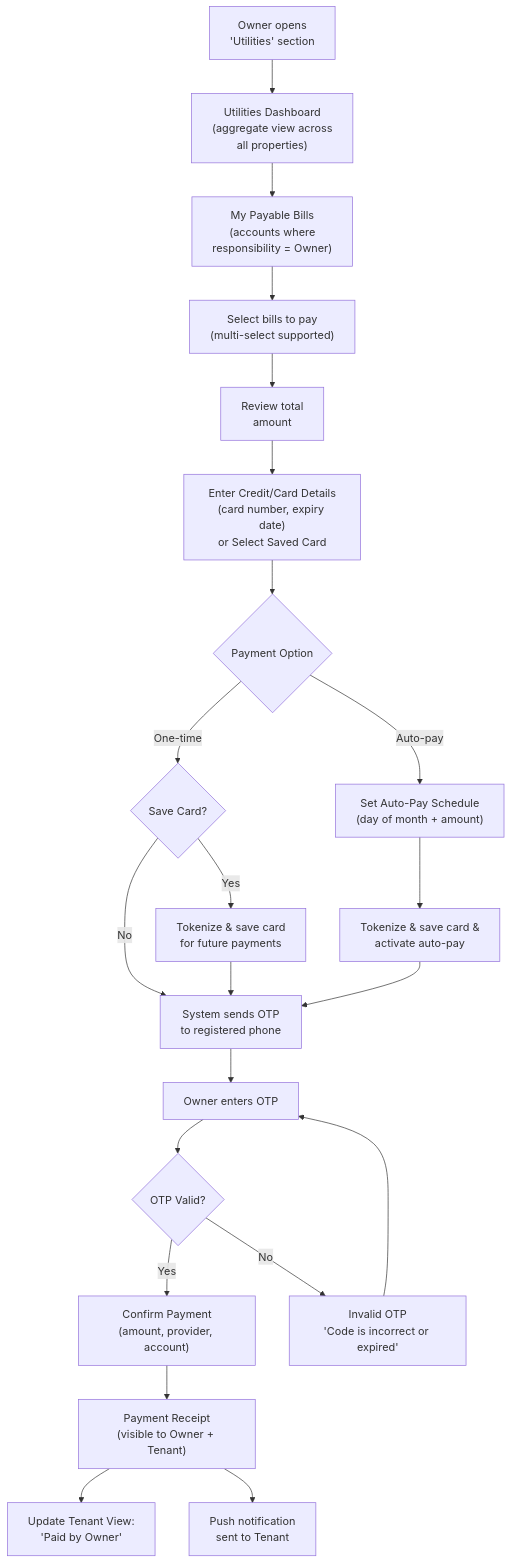
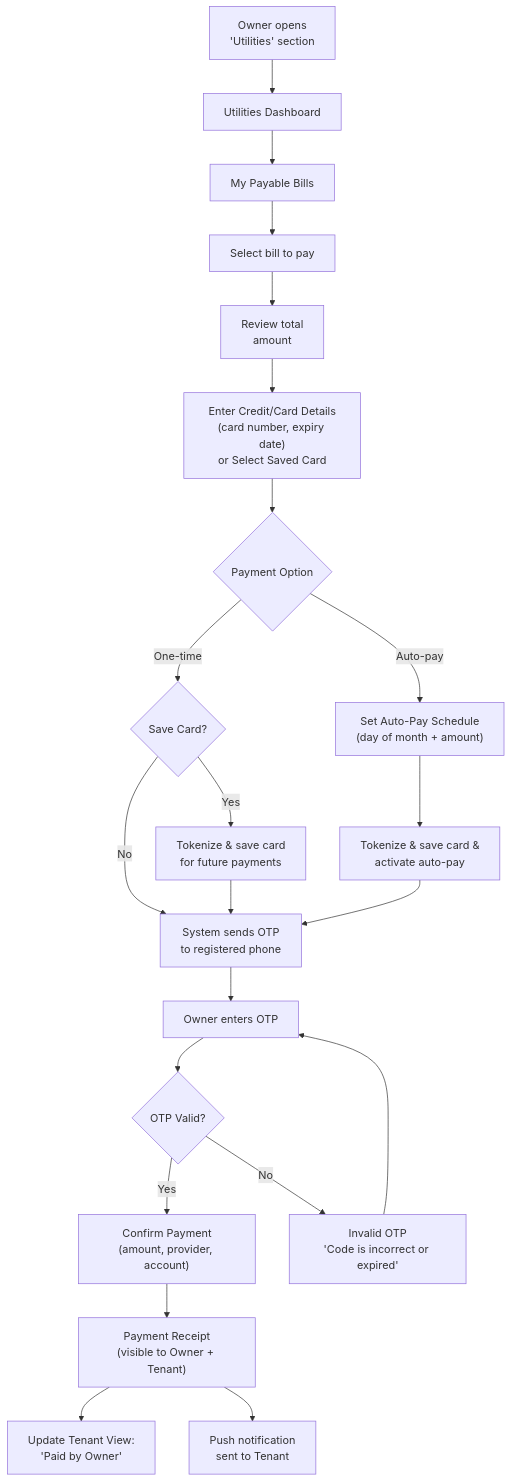
Before and after one commit to saodatm-dev/Utilities---Informational-Architecture: the first of 9 diagrams in Utilities-payment-Owner flow.md, drawn with Mermaid. The commit also changed other lines of this file and 2 other files, not shown here.

Commit message:
refactor: streamline owner bill payment to single selection and clarify meter reading submission flow.

````diff
--- a/Utilities-payment-Owner flow.md
+++ b/Utilities-payment-Owner flow.md
@@ -29,35 +29,35 @@
 ```mermaid
 flowchart TD
-    START["Owner opens<br/>'Utilities' section"] --> DASHBOARD["Utilities Dashboard<br/>(aggregate view across<br/>all properties)"]
+    START["Owner opens<br/>'Utilities' section"] --> DASHBOARD["Utilities Dashboard"]
 
-    DASHBOARD --> PAYABLE["My Payable Bills<br/>(accounts where<br/>responsibility = Owner)"]
+    DASHBOARD --> PAYABLE["My Payable Bills"]
 
-    PAYABLE --> SELECT_BILLS["Select bills to pay<br/>(multi-select supported)"]
+    PAYABLE --> SELECT_BILLS["Select bill to pay"]
 
     SELECT_BILLS --> TOTAL["Review total<br/>amount"]
 
     TOTAL --> CARD_DETAILS["Enter Credit/Card Details<br/>(card number, expiry date)<br/>or Select Saved Card"]
 
     CARD_DETAILS --> PAY_OPTS{"Payment Option"}
 
     PAY_OPTS -->|"One-time"| SAVE_CARD{"Save Card?"}
     SAVE_CARD -->|"Yes"| TOKENIZE["Tokenize & save card<br/>for future payments"]
     SAVE_CARD -->|"No"| SEND_OTP
     TOKENIZE --> SEND_OTP
 
     PAY_OPTS -->|"Auto-pay"| SCHEDULE["Set Auto-Pay Schedule<br/>(day of month + amount)"]
     SCHEDULE --> AUTO_SAVE["Tokenize & save card &<br/>activate auto-pay"]
     AUTO_SAVE --> SEND_OTP
 
     SEND_OTP["System sends OTP<br/>to registered phone"]
     SEND_OTP --> ENTER_OTP["Owner enters OTP"]
     ENTER_OTP --> OTP_CHECK{"OTP Valid?"}
 
     OTP_CHECK -->|"Yes"| CONFIRM["Confirm Payment<br/>(amount, provider, account)"]
     OTP_CHECK -->|"No"| OTP_ERROR["Invalid OTP<br/>'Code is incorrect or expired'"]
     OTP_ERROR --> ENTER_OTP
 
     CONFIRM --> RECEIPT["Payment Receipt<br/>(visible to Owner + Tenant)"]
     RECEIPT --> UPDATE_STATUS["Update Tenant View:<br/>'Paid by Owner'"]
     RECEIPT --> NOTIFY_TENANT["Push notification<br/>sent to Tenant"]
 ```
````
